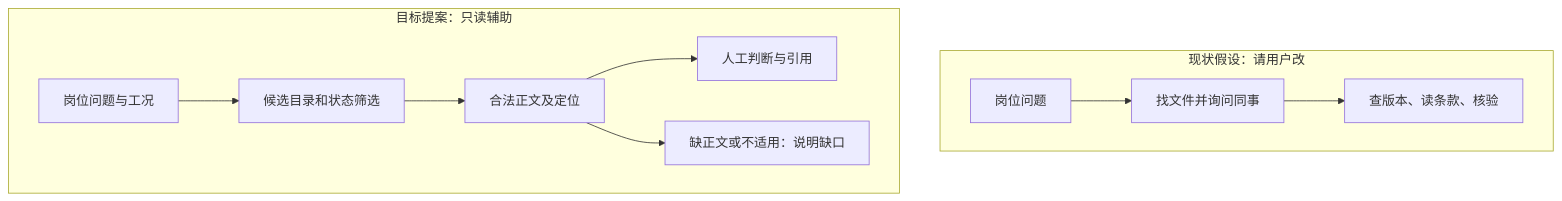
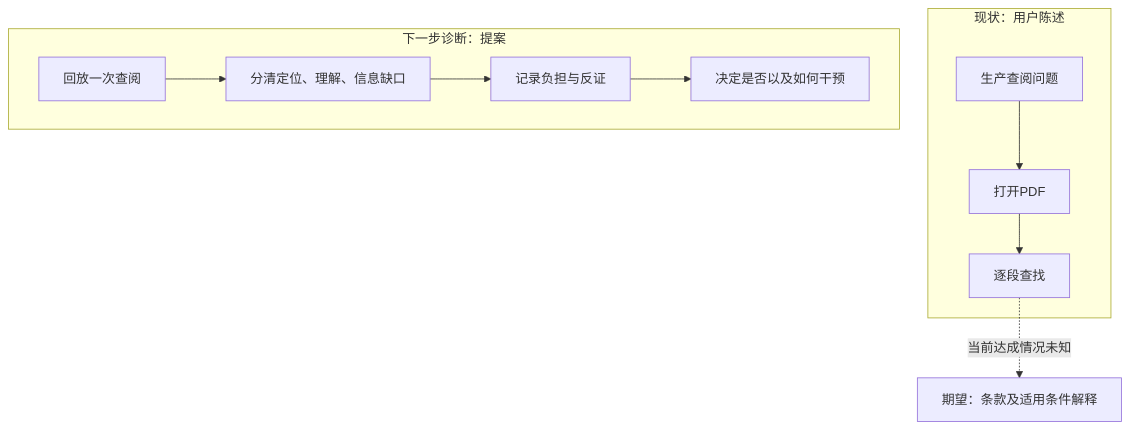
The third of 4 diagrams in examples/cbm-standards/diagrams.md (meiluosi/fde-problem-framing), drawn with Mermaid before and after one commit. The commit also changed other lines of this file and 29 other files, not shown here.

````diff
--- a/examples/cbm-standards/diagrams.md
+++ b/examples/cbm-standards/diagrams.md
@@ -28,10 +26,10 @@
 ```mermaid
 flowchart TB
- subgraph current["现状假设：请用户改"]
- A["岗位问题"] --> B["找文件并询问同事"] --> C["查版本、读条款、核验"]
+ subgraph current["现状：用户陈述"]
+ A["生产查阅问题"] --> B["打开PDF"] --> C["逐段查找"]
  end
- subgraph proposed["目标提案：只读辅助"]
- D["岗位问题与工况"] --> E["候选目录和状态筛选"] --> F["合法正文及定位"] --> G["人工判断与引用"]
- F --> H["缺正文或不适用：说明缺口"]
+ C -. "当前达成情况未知" .-> D["期望：条款及适用条件解释"]
+ subgraph next["下一步诊断：提案"]
+ E["回放一次查阅"] --> F["分清定位、理解、信息缺口"] --> G["记录负担与反证"] --> H["决定是否以及如何干预"]
  end
 ```
````
